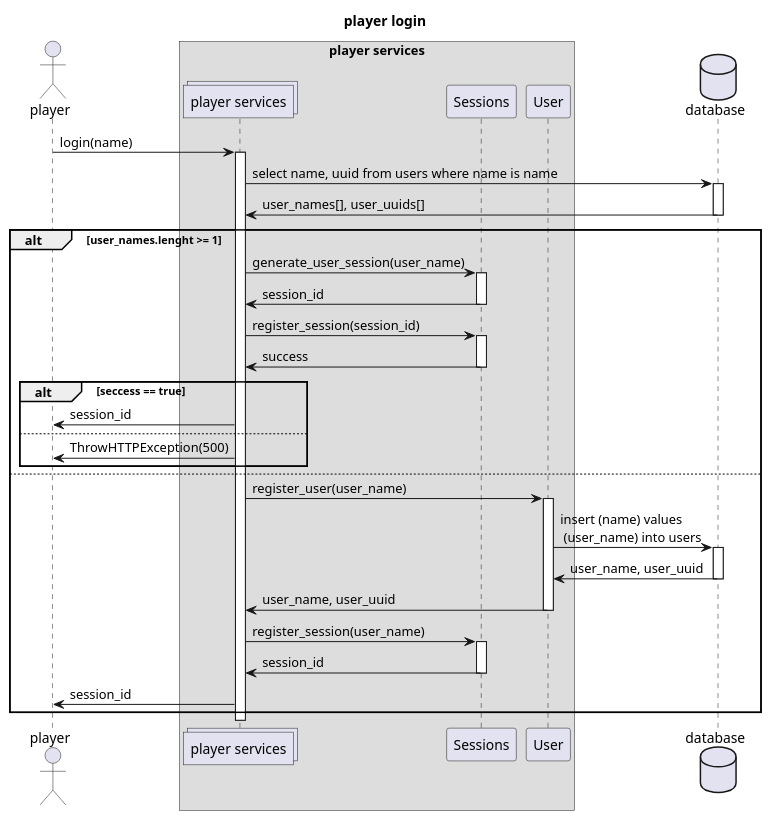
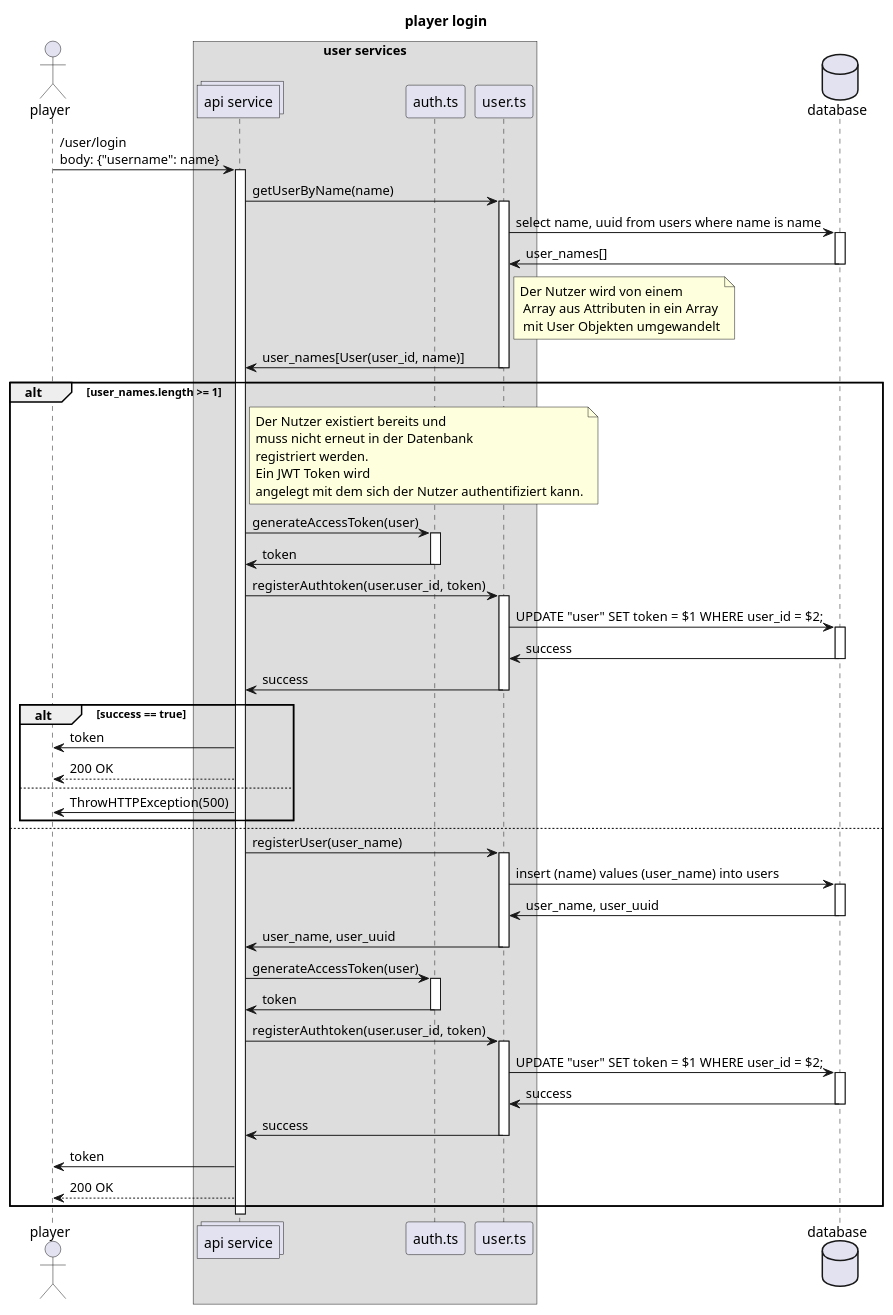
Before and after one commit to Maytastico/trash-pong: the diagram in Doku/Abbildungen/Sequenzdiagram/login.wsd, drawn with PlantUML.

Commit message:
refactored user login

```diff
--- a/Doku/Abbildungen/Sequenzdiagram/login.wsd
+++ b/Doku/Abbildungen/Sequenzdiagram/login.wsd
@@ -1,48 +1,68 @@
 @startuml
 title player login
 actor player
-box "player services"
-collections "player services" as ps
-participant "Sessions" as sess
-participant "User" as usr 
+box "user services"
+collections "api service" as ps
+participant "auth.ts" as sess
+participant "user.ts" as usr 
 end box
 database database as db
 
-player -> ps: login(name)
+player -> ps: /user/login\nbody: {"username": name}
 activate ps
-ps -> db: select name, uuid from users where name is name
+ps -> usr: getUserByName(name)
+activate usr
+usr -> db: select name, uuid from users where name is name
 activate db
-db->ps: user_names[], user_uuids[]
+db -> usr: user_names[]
+note right of usr: Der Nutzer wird von einem \n Array aus Attributen in ein Array\n mit User Objekten umgewandelt
 deactivate db
-alt user_names.lenght >= 1
-    ps -> sess: generate_user_session(user_name)
+usr -> ps: user_names[User(user_id, name)]
+deactivate usr
+
+alt user_names.length >= 1
+    note right of ps: Der Nutzer existiert bereits und\nmuss nicht erneut in der Datenbank\nregistriert werden.\nEin JWT Token wird \nangelegt mit dem sich der Nutzer authentifiziert kann.
+    ps -> sess: generateAccessToken(user)
     activate sess
-    ps <- sess: session_id
+    sess -> ps: token
     deactivate sess
-    ps -> sess: register_session(session_id)
-    activate sess
-    sess -> ps: success
-    deactivate sess
-    alt seccess == true
-        ps -> player: session_id
-        
-    else 
+    ps -> usr: registerAuthtoken(user.user_id, token)
+    activate usr
+    usr -> db: UPDATE "user" SET token = $1 WHERE user_id = $2;
+    activate db
+    db -> usr: success
+    deactivate db
+    usr -> ps: success
+    deactivate usr
+    alt success == true
+        ps -> player: token
+        player <-- ps: 200 OK
+    else
         ps -> player: ThrowHTTPException(500)
     end
 else
-    ps -> usr: register_user(user_name)
+    ps -> usr: registerUser(user_name)
     activate usr
-    usr->db: insert (name) values\n (user_name) into users
+    usr -> db: insert (name) values (user_name) into users
     activate db
     db -> usr: user_name, user_uuid
     deactivate db
     usr -> ps: user_name, user_uuid
     deactivate usr
-    ps -> sess: register_session(user_name)
+    ps -> sess: generateAccessToken(user)
     activate sess
-    sess -> ps: session_id
+    sess -> ps: token
     deactivate sess
-    ps -> player: session_id
+    ps -> usr: registerAuthtoken(user.user_id, token)
+    activate usr
+    usr -> db: UPDATE "user" SET token = $1 WHERE user_id = $2;
+    activate db
+    db -> usr: success
+    deactivate db
+    usr -> ps: success
+    deactivate usr
+    ps -> player: token
+    player <-- ps: 200 OK
 end
 
 @enduml
```
